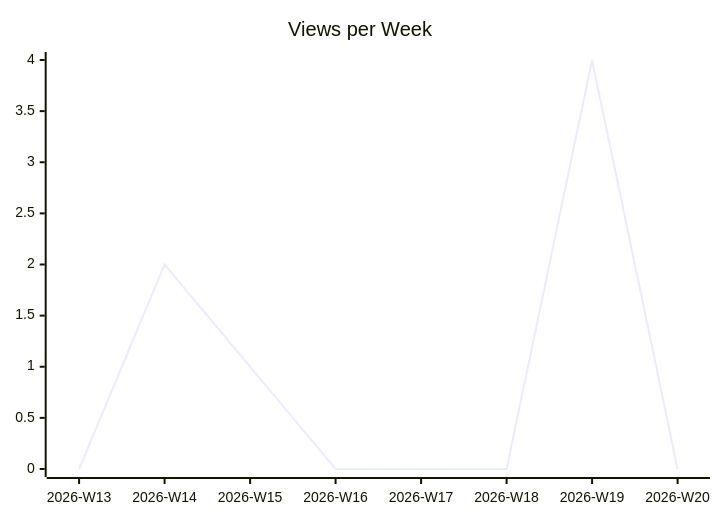
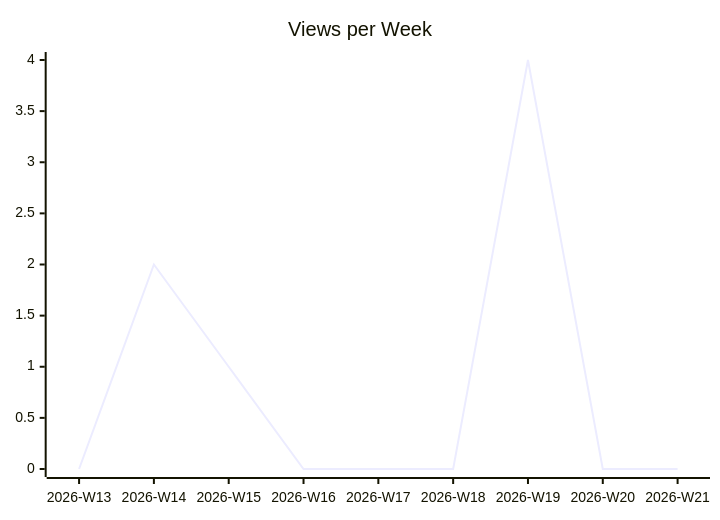
The second of 3 diagrams in karlmdavis/justdavis-ansible/README.md (justdavis-family/github-analytics-data), drawn with Mermaid before and after one commit. The commit also changed other lines of this file and 189 other files, not shown here.

````diff
--- a/karlmdavis/justdavis-ansible/README.md
+++ b/karlmdavis/justdavis-ansible/README.md
@@ -12,6 +12,6 @@
 ```mermaid
 xychart-beta
   title "Views per Week"
-  x-axis ["2026-W13", "2026-W14", "2026-W15", "2026-W16", "2026-W17", "2026-W18", "2026-W19", "2026-W20"]
-  line [0, 2, 1, 0, 0, 0, 4, 0]
+  x-axis ["2026-W13", "2026-W14", "2026-W15", "2026-W16", "2026-W17", "2026-W18", "2026-W19", "2026-W20", "2026-W21"]
+  line [0, 2, 1, 0, 0, 0, 4, 0, 0]
 ```
````
